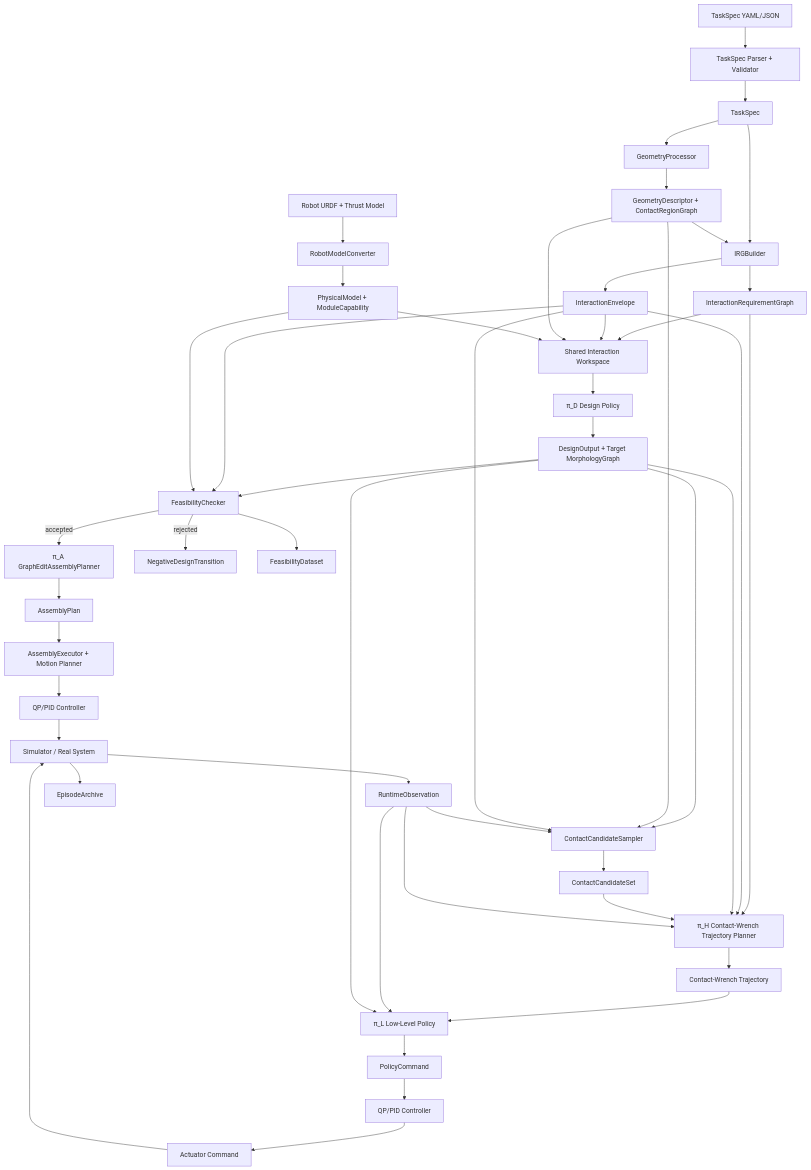
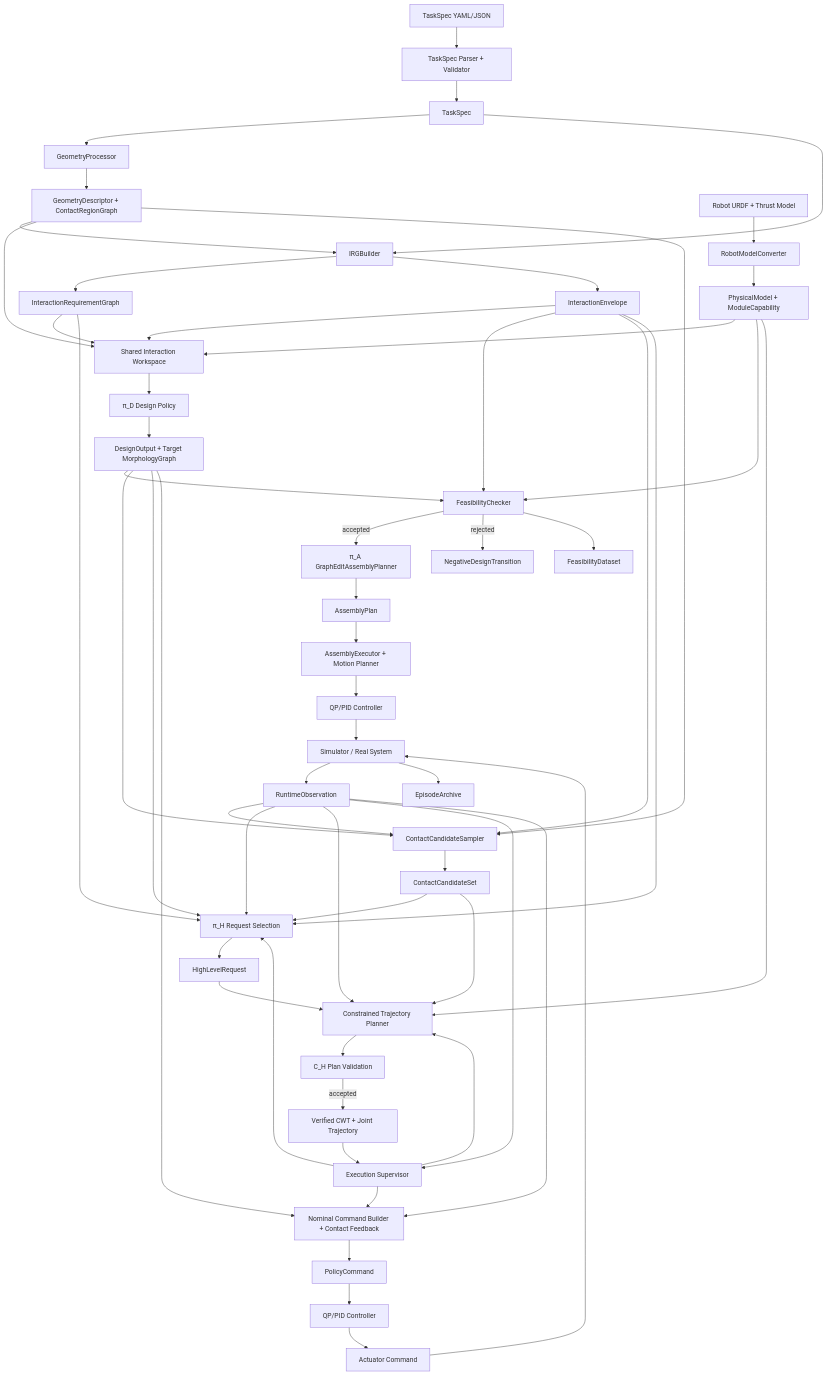
Before and after one commit to sugihara-16/aerial-creator: the first of 13 diagrams in for_codex/A-MSRR_codex_ready_spec_v0_5_ja.md, drawn with Mermaid. The commit also changed other lines of this file and 3 other files, not shown here.

````diff
--- a/for_codex/A-MSRR_codex_ready_spec_v0_5_ja.md
+++ b/for_codex/A-MSRR_codex_ready_spec_v0_5_ja.md
@@ -521,56 +556,65 @@
 ```mermaid
 flowchart TD
     A[TaskSpec YAML/JSON] --> B[TaskSpec Parser + Validator]
     B --> C[TaskSpec]
     C --> D[GeometryProcessor]
     D --> E[GeometryDescriptor + ContactRegionGraph]
     C --> F[IRGBuilder]
     E --> F
     F --> G[InteractionRequirementGraph]
     F --> H[InteractionEnvelope]
 
     R[Robot URDF + Thrust Model] --> S[RobotModelConverter]
     S --> T[PhysicalModel + ModuleCapability]
 
     G --> U[Shared Interaction Workspace]
     H --> U
     E --> U
     T --> U
     U --> V[π_D Design Policy]
     V --> W[DesignOutput + Target MorphologyGraph]
     W --> X[FeasibilityChecker]
     H --> X
     T --> X
     X -->|accepted| Y[π_A GraphEditAssemblyPlanner]
     X -->|rejected| Z[NegativeDesignTransition]
 
     Y --> AA[AssemblyPlan]
     AA --> AB[AssemblyExecutor + Motion Planner]
     AB --> AC[QP/PID Controller]
     AC --> AD[Simulator / Real System]
     AD --> AE[RuntimeObservation]
 
     W --> AF[ContactCandidateSampler]
     E --> AF
     H --> AF
     AE --> AF
     AF --> AG[ContactCandidateSet]
 
-    G --> AH[π_H Contact-Wrench Trajectory Planner]
+    G --> AH[π_H Request Selection]
     H --> AH
     W --> AH
     AG --> AH
     AE --> AH
-    AH --> AI[Contact-Wrench Trajectory]
-
-    AI --> AJ[π_L Low-Level Policy]
+    AH --> AR[HighLevelRequest]
+    AR --> AP[Constrained Trajectory Planner]
+    T --> AP
+    AE --> AP
+    AG --> AP
+    AP --> AQ[C_H Plan Validation]
+    AQ -->|accepted| AI[Verified CWT + Joint Trajectory]
+    AI --> AX[Execution Supervisor]
+    AE --> AX
+    AX --> AH
+    AX --> AP
+    AX --> AJ[Nominal Command Builder + Contact Feedback]
     AE --> AJ
     W --> AJ
     AJ --> AK[PolicyCommand]
     AK --> AL[QP/PID Controller]
     AL --> AM[Actuator Command]
     AM --> AD
 
     AD --> AN[EpisodeArchive]
     X --> AO[FeasibilityDataset]
 ```
````
